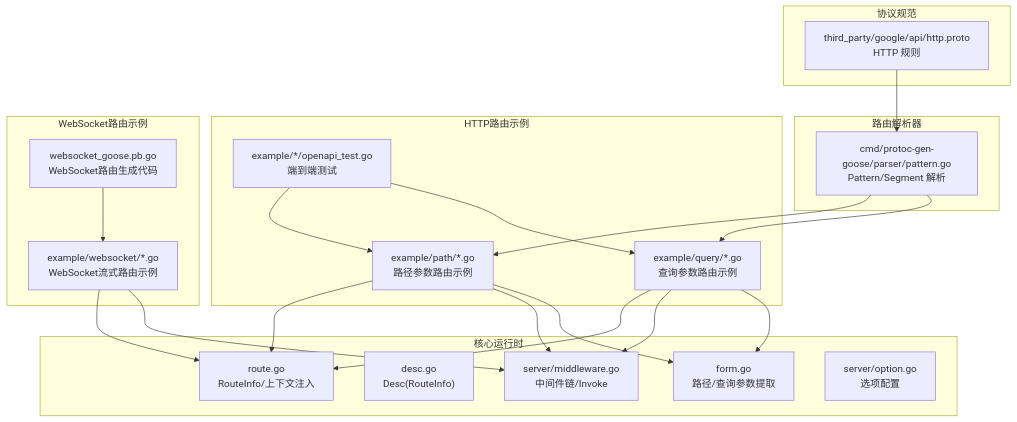
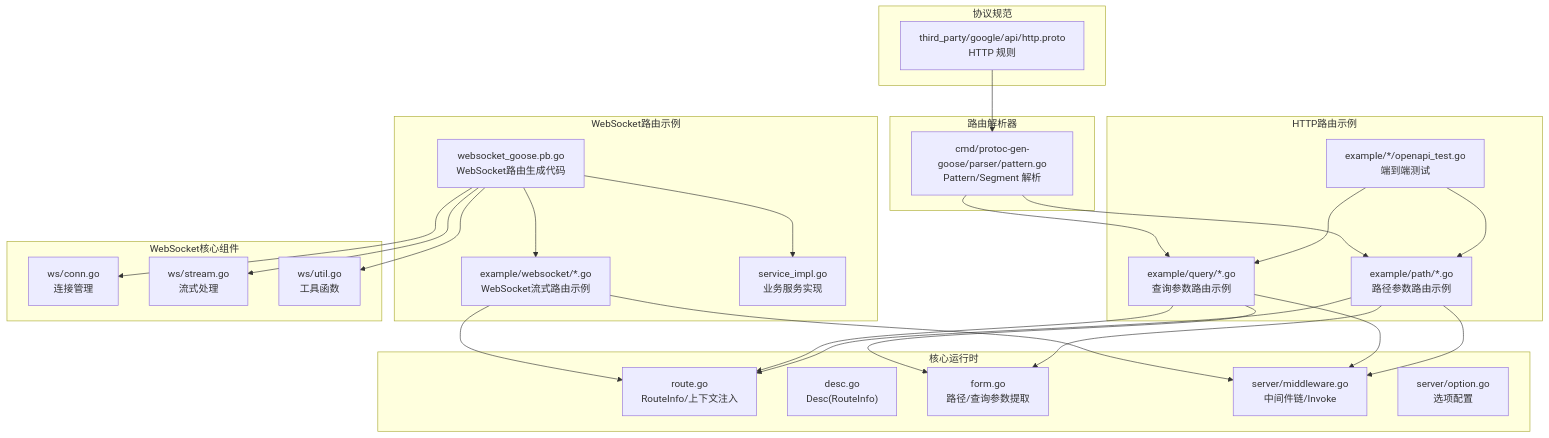
The first of 10 diagrams in .agents/repowiki/zh/content/HTTP 服务器框架/路由管理和处理.md (soyacen/goose), drawn with Mermaid before and after one commit. The commit also changed other lines of this file and 8 other files, not shown here.

````diff
--- a/.agents/repowiki/zh/content/HTTP 服务器框架/路由管理和处理.md
+++ b/.agents/repowiki/zh/content/HTTP 服务器框架/路由管理和处理.md
@@ -50,39 +56,49 @@
 ```mermaid
 graph TB
 subgraph "核心运行时"
 R["route.go<br/>RouteInfo/上下文注入"]
 D["desc.go<br/>Desc(RouteInfo)"]
 F["form.go<br/>路径/查询参数提取"]
 M["server/middleware.go<br/>中间件链/Invoke"]
 O["server/option.go<br/>选项配置"]
 end
 subgraph "路由解析器"
 P["cmd/protoc-gen-goose/parser/pattern.go<br/>Pattern/Segment 解析"]
 end
 subgraph "HTTP路由示例"
 EP["example/path/*.go<br/>路径参数路由示例"]
 EQ["example/query/*.go<br/>查询参数路由示例"]
 OTP["example/*/openapi_test.go<br/>端到端测试"]
 end
 subgraph "WebSocket路由示例"
 EW["example/websocket/*.go<br/>WebSocket流式路由示例"]
 EWM["websocket_goose.pb.go<br/>WebSocket路由生成代码"]
+ES["service_impl.go<br/>业务服务实现"]
+end
+subgraph "WebSocket核心组件"
+WC["ws/conn.go<br/>连接管理"]
+WS["ws/stream.go<br/>流式处理"]
+WU["ws/util.go<br/>工具函数"]
 end
 subgraph "协议规范"
 HP["third_party/google/api/http.proto<br/>HTTP 规则"]
 end
 EP --> R
 EQ --> R
 EW --> R
 EP --> M
 EQ --> M
 EW --> M
 EP --> F
 EQ --> F
 OTP --> EP
 OTP --> EQ
 EWM --> EW
+EWM --> ES
+EWM --> WC
+EWM --> WS
+EWM --> WU
 P --> EP
 P --> EQ
 HP --> P
 ```
````
